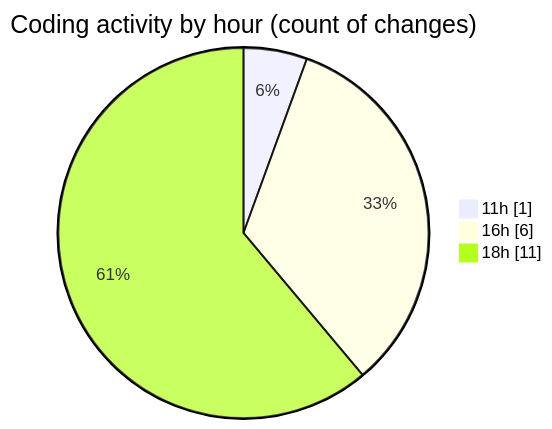
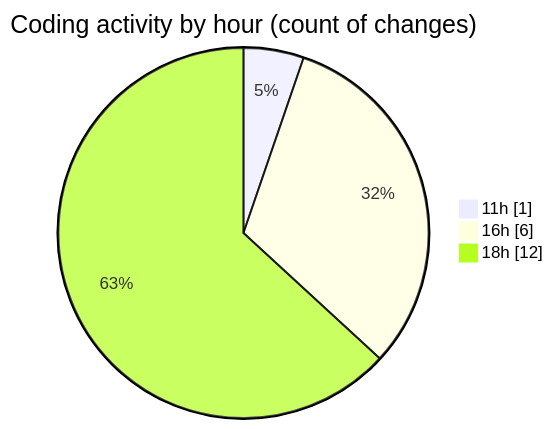
Before and after one commit to nxtqubesakshisongat/code-tracking: the second of 2 diagrams in 2026-05-24/nxtqube_webapp/README.md, drawn with Mermaid. The commit also changed other lines of this file and 1 other file, not shown here.

````diff
--- a/2026-05-24/nxtqube_webapp/README.md
+++ b/2026-05-24/nxtqube_webapp/README.md
@@ -32,7 +34,7 @@
 ```mermaid
 pie showData
 title Coding activity by hour (count of changes)
 "11h" : 1
 "16h" : 6
-"18h" : 11
+"18h" : 12
 ```
````
